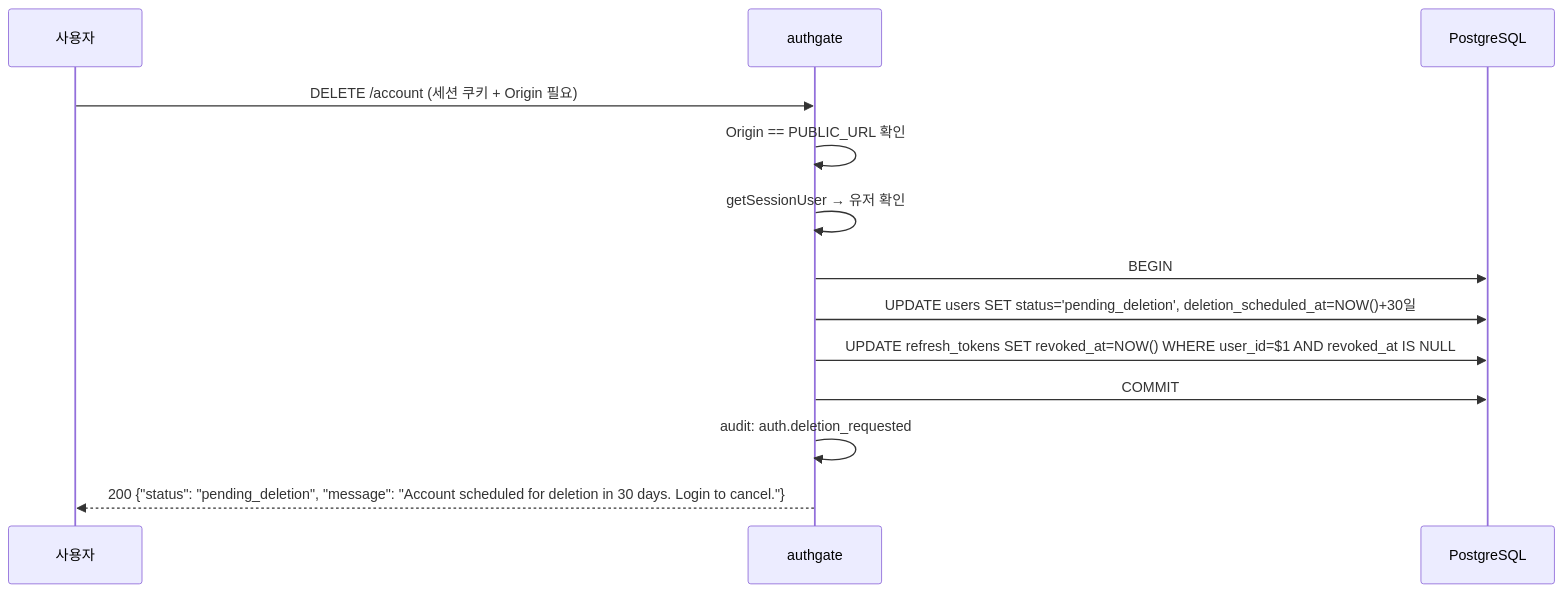
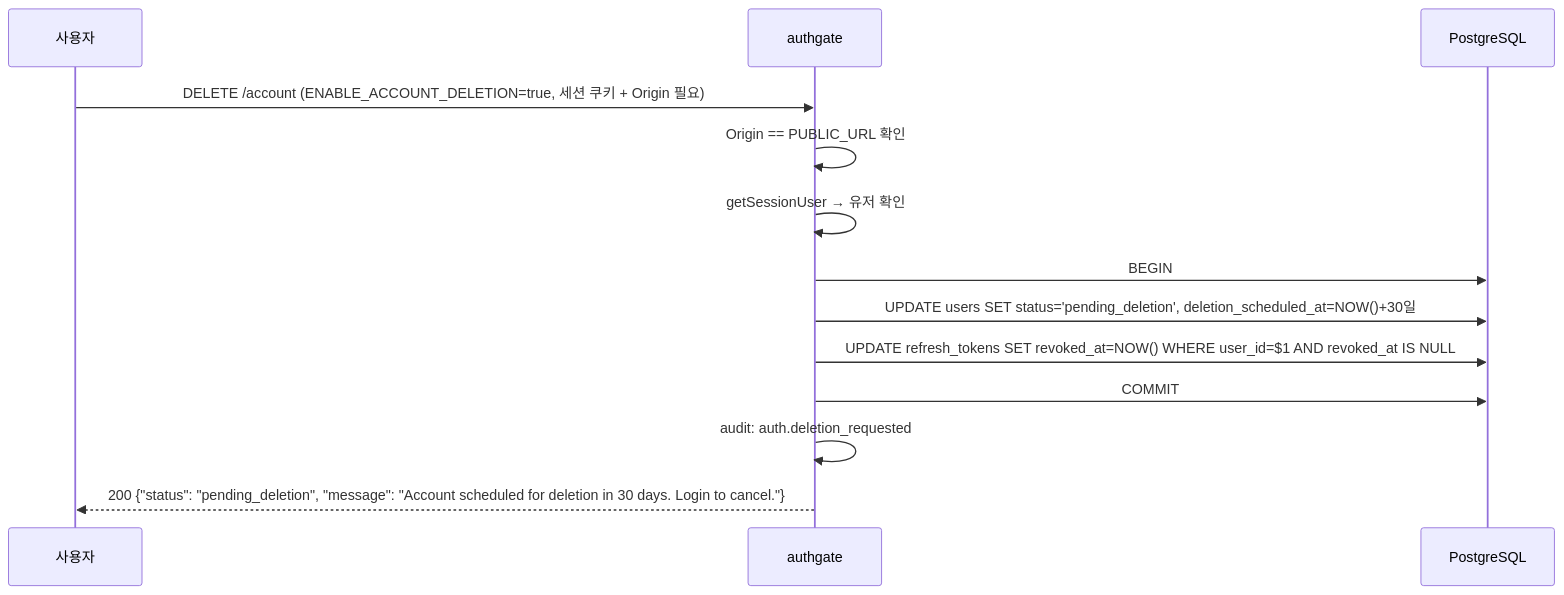
One commit to cagojeiger/authgate changed the second of 3 diagrams in docs/spec/006-account-lifecycle.md. Above: the diagram before and after it, drawn with Mermaid. The commit also changed other lines of this file and 11 other files, not shown here.

Commit message:
fix(account): gate self-service deletion behind config

````diff
--- a/docs/spec/006-account-lifecycle.md
+++ b/docs/spec/006-account-lifecycle.md
@@ -59,16 +59,16 @@
 ```mermaid
 sequenceDiagram
     participant U as 사용자
     participant AG as authgate
     participant DB as PostgreSQL
 
-    U->>AG: DELETE /account (세션 쿠키 + Origin 필요)
+    U->>AG: DELETE /account (ENABLE_ACCOUNT_DELETION=true, 세션 쿠키 + Origin 필요)
     AG->>AG: Origin == PUBLIC_URL 확인
     AG->>AG: getSessionUser → 유저 확인
     AG->>DB: BEGIN
     AG->>DB: UPDATE users SET status='pending_deletion', deletion_scheduled_at=NOW()+30일
     AG->>DB: UPDATE refresh_tokens SET revoked_at=NOW() WHERE user_id=$1 AND revoked_at IS NULL
     AG->>DB: COMMIT
     AG->>AG: audit: auth.deletion_requested
     AG-->>U: 200 {"status": "pending_deletion", "message": "Account scheduled for deletion in 30 days. Login to cancel."}
 ```
````
